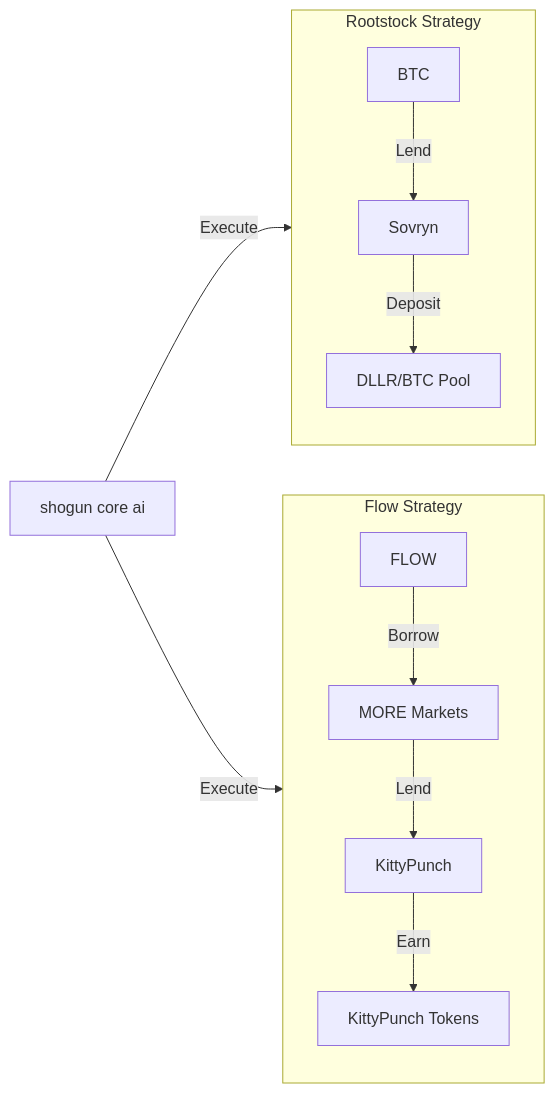
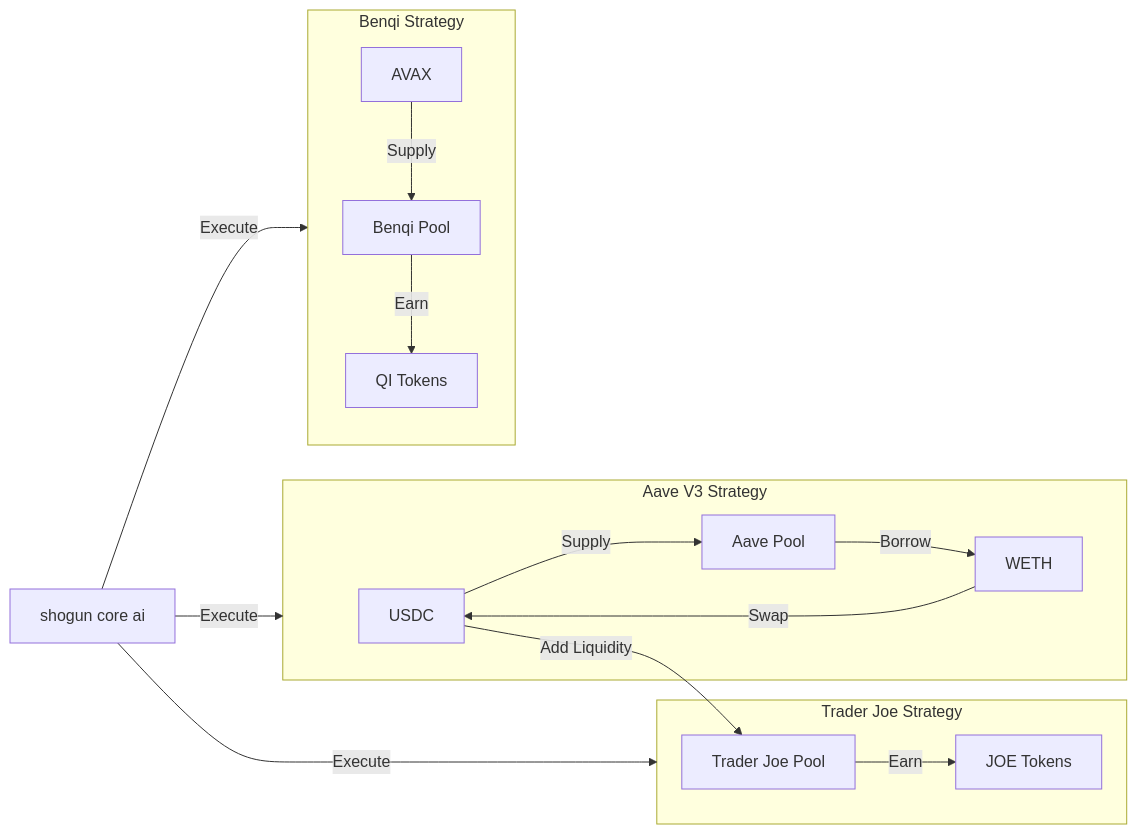
Before and after one commit to shogunprotocol/shogun-ai-core: the second of 6 diagrams in docs/SHOGUN_CORE_AI_ARCHITECTURE.md, drawn with Mermaid. The commit also changed other lines of this file and 7 other files, not shown here.

````diff
--- a/docs/SHOGUN_CORE_AI_ARCHITECTURE.md
+++ b/docs/SHOGUN_CORE_AI_ARCHITECTURE.md
@@ -35,16 +32,22 @@
 ```mermaid
 graph LR
-    subgraph Rootstock["Rootstock Strategy"]
-        BTC[BTC] --> |Lend| SOV[Sovryn]
-        SOV --> |Deposit| DLLR[DLLR/BTC Pool]
+    subgraph AaveV3["Aave V3 Strategy"]
+        USDC[USDC] --> |Supply| AAVE_POOL[Aave Pool]
+        AAVE_POOL --> |Borrow| WETH[WETH]
+        WETH --> |Swap| USDC
     end
     
-    subgraph Flow["Flow Strategy"]
-        FLOW[FLOW] --> |Borrow| MORE[MORE Markets]
-        MORE --> |Lend| KP[KittyPunch]
-        KP --> |Earn| KPTOKENS[KittyPunch Tokens]
+    subgraph Benqi["Benqi Strategy"]
+        AVAX[AVAX] --> |Supply| BENQI_POOL[Benqi Pool]
+        BENQI_POOL --> |Earn| QI[QI Tokens]
     end
     
-    ShogunCoreAI[shogun core ai] --> |Execute| Rootstock
-    ShogunCoreAI --> |Execute| Flow
+    subgraph TraderJoe["Trader Joe Strategy"]
+        USDC --> |Add Liquidity| TJ_POOL[Trader Joe Pool]
+        TJ_POOL --> |Earn| JOE[JOE Tokens]
+    end
+    
+    ShogunCoreAI[shogun core ai] --> |Execute| AaveV3
+    ShogunCoreAI --> |Execute| Benqi
+    ShogunCoreAI --> |Execute| TraderJoe
 ```
````
